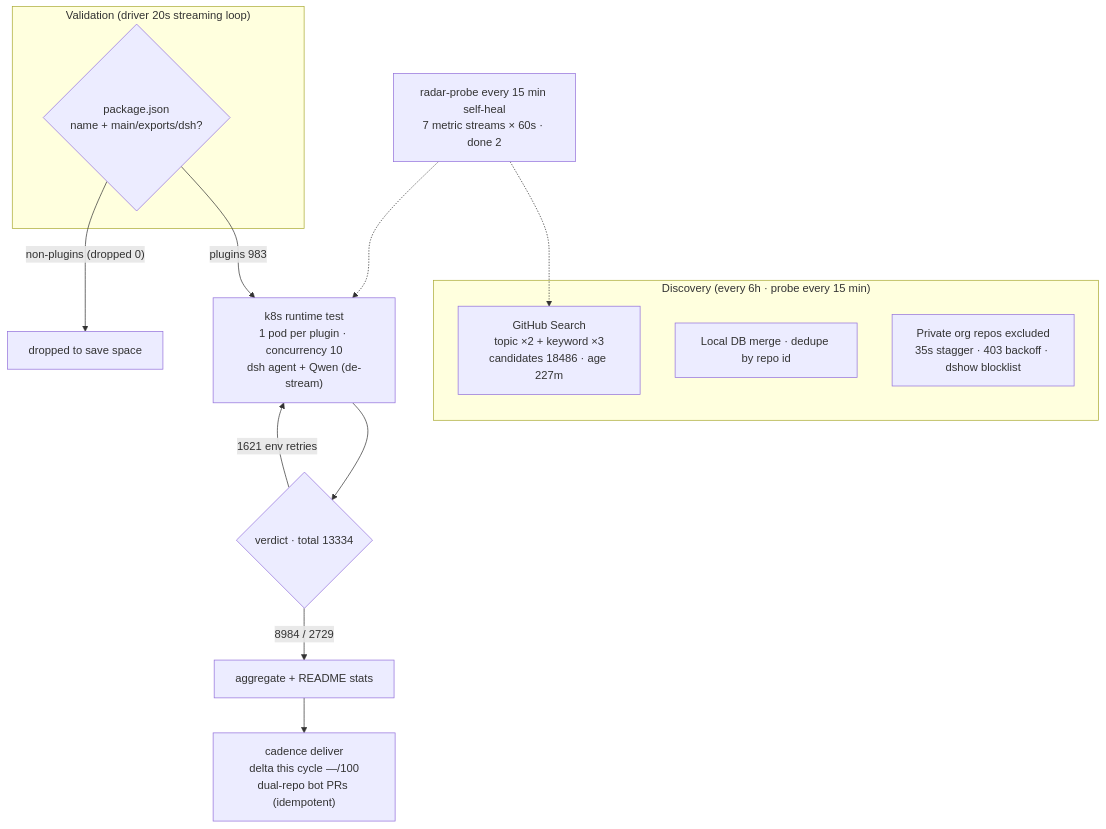
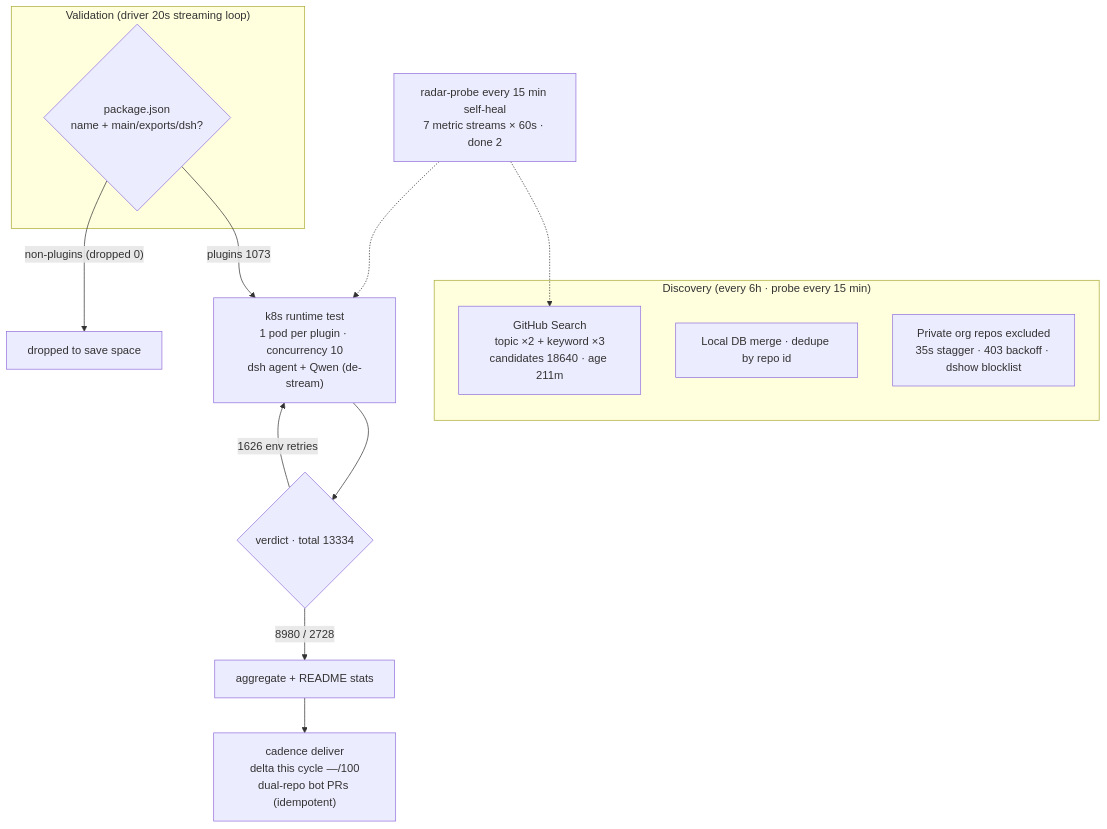
Before and after one commit to AdamPlatin123/dsh-plugin-radar: the diagram in README.en-US.md, drawn with Mermaid. The commit also changed other lines of this file and 16 other files, not shown here.

````diff
--- a/README.en-US.md
+++ b/README.en-US.md
@@ -45,20 +45,20 @@
 ```mermaid
 flowchart TB
     subgraph Discovery["Discovery (every 6h · probe every 15 min)"]
-        A1["GitHub Search<br/>topic ×2 + keyword ×3<br/>candidates 18486 · age 227m"]
+        A1["GitHub Search<br/>topic ×2 + keyword ×3<br/>candidates 18640 · age 211m"]
         A2["Local DB merge · dedupe by repo id"]
         A3["Private org repos excluded<br/>35s stagger · 403 backoff · dshow blocklist"]
     end
     subgraph Validation["Validation (driver 20s streaming loop)"]
         B1{"package.json<br/>name + main/exports/dsh?"}
     end
-    B1 -->|"plugins 983"| C1["k8s runtime test<br/>1 pod per plugin · concurrency 10<br/>dsh agent + Qwen (de-stream)"]
+    B1 -->|"plugins 1073"| C1["k8s runtime test<br/>1 pod per plugin · concurrency 10<br/>dsh agent + Qwen (de-stream)"]
     B1 -->|"non-plugins (dropped 0)"| B3["dropped to save space"]
     C1 --> D1{"verdict · total 13334"}
-    D1 -->|"8984 / 2729"| E1["aggregate + README stats"]
-    D1 -->|"1621 env retries"| C1
+    D1 -->|"8980 / 2728"| E1["aggregate + README stats"]
+    D1 -->|"1626 env retries"| C1
     E1 --> E2["cadence deliver<br/>delta this cycle —/100<br/>dual-repo bot PRs (idempotent)"]
     M["radar-probe every 15 min self-heal<br/>7 metric streams × 60s · done 2"]
     M -.-> A1
     M -.-> C1
 ```
````
